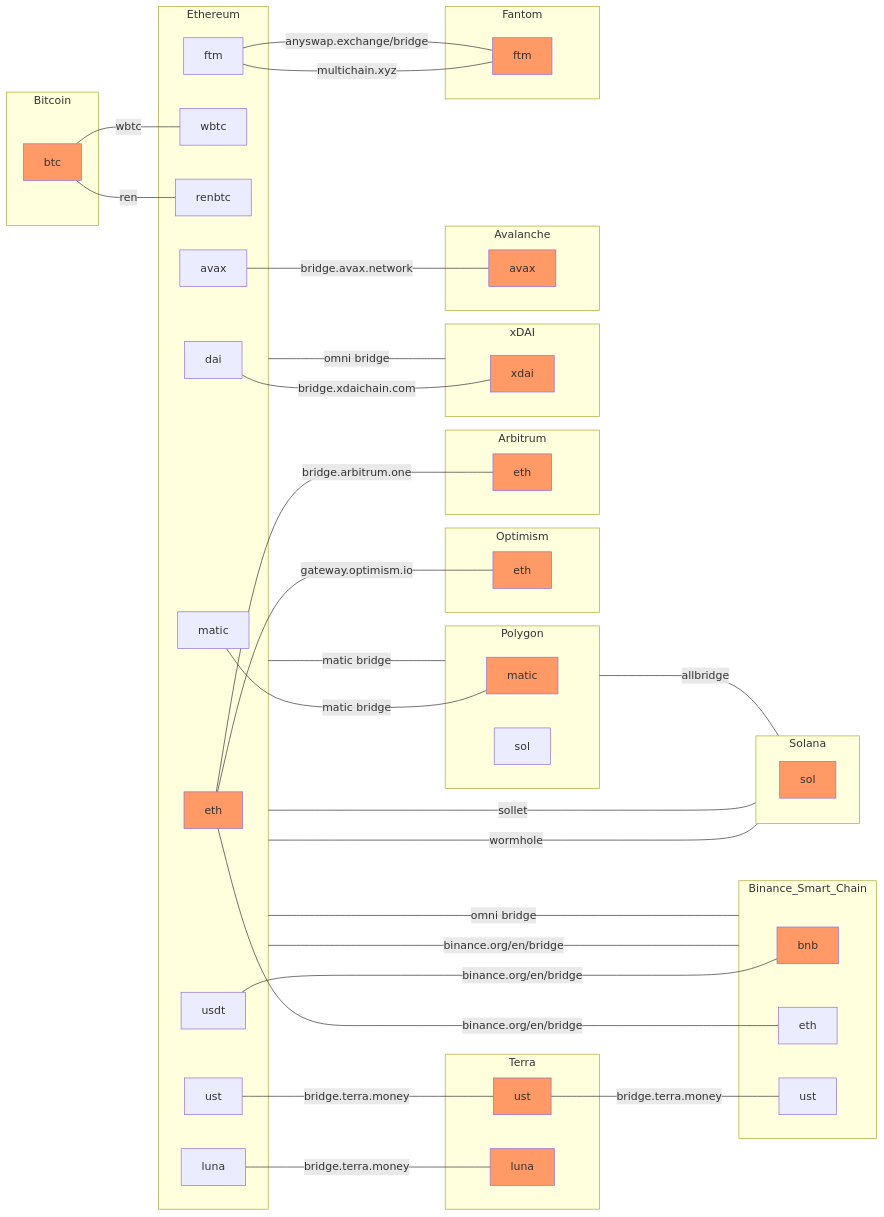
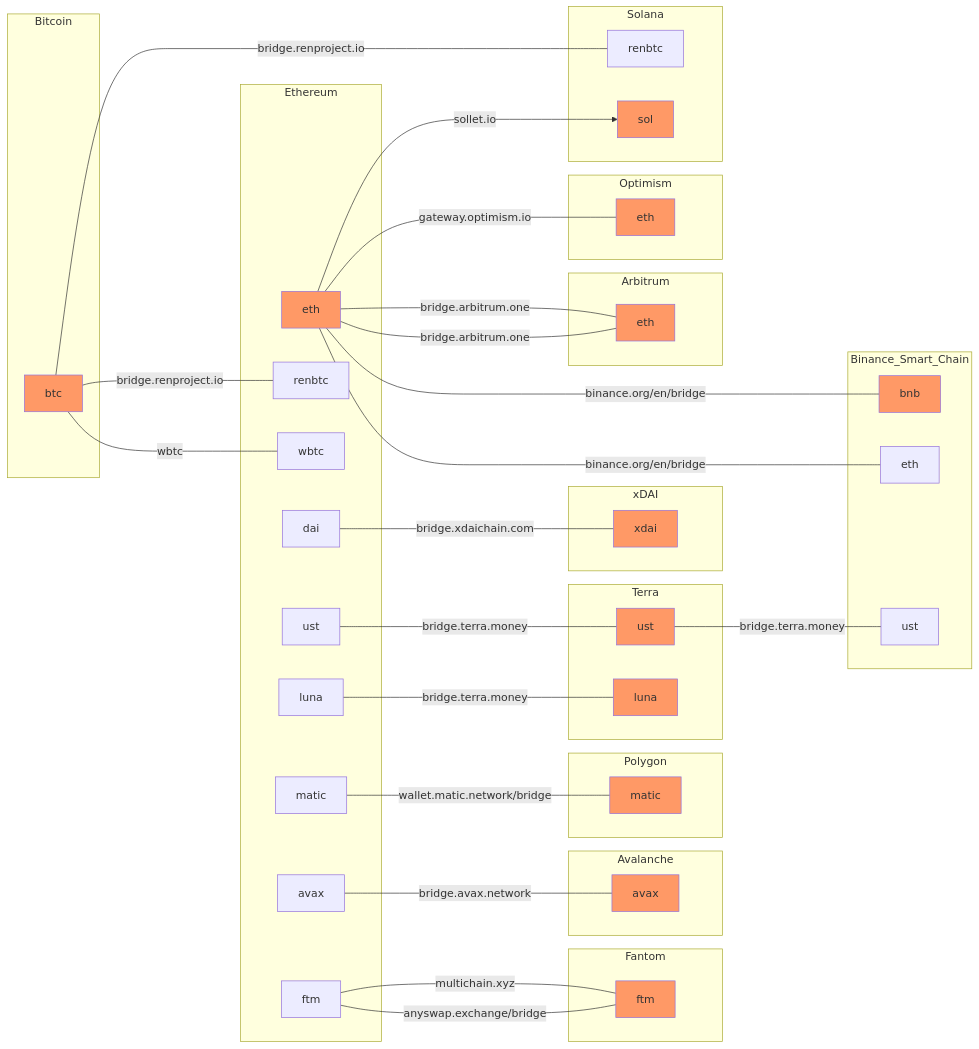
The diagram in traversing-chains/traversing-chains.mermaid (djma/cryptomaps), drawn with Mermaid before and after one commit. The commit also changed 1 other file, not shown here.

Commit message:
Clean up bridges and added sollet for eth-sol

```diff
--- a/traversing-chains/traversing-chains.mermaid
+++ b/traversing-chains/traversing-chains.mermaid
@@ -1,90 +1,90 @@
 flowchart LR
     classDef native fill:#f96;
 
     subgraph "Ethereum"
     eth-eth[eth]:::native
     eth-wbtc[wbtc]
     eth-renbtc[renbtc]
     eth-dai[dai]
     eth-ust[ust]
     eth-luna[luna]
-    eth-usdt[usdt]
     eth-matic[matic]
     eth-avax[avax]
     eth-ftm[ftm]
     end
 
     subgraph "Polygon"
     polygon-matic[matic]:::native
-    polygon-sol[sol]
     end
 
     subgraph Binance_Smart_Chain
     bsc-bnb[bnb]:::native
     bsc-eth[eth]
     bsc-ust[ust]
     end
 
     subgraph "Terra"
     terra-ust[ust]:::native
     terra-luna[luna]:::native
     end
 
     subgraph "Solana"
     solana-sol[sol]:::native
+    solana-renbtc[renbtc]
     end
 
     subgraph "Bitcoin"
     bitcoin-btc[btc]:::native
     end
 
     subgraph "Optimism"
     optimism-eth[eth]:::native
     end
     
+    subgraph "Arbitrum"
+    arbitrum-eth[eth]:::native
+    end
+
     subgraph "Arbitrum"
     arbitrum-eth[eth]:::native
     end
 
     subgraph "xDAI"
     xdai-xdai[xdai]:::native
     end
 
     subgraph "Avalanche"
     avalanche-avax[avax]:::native
     end
 
     subgraph "Fantom"
     fantom-ftm[ftm]:::native
     end
 
     eth-ust ---|"bridge.terra.money"| terra-ust
     eth-luna ---|"bridge.terra.money"| terra-luna
     terra-ust ---|"bridge.terra.money"| bsc-ust
 
+    eth-eth -->|"sollet.io"| solana-sol
+
     eth-eth ---|"gateway.optimism.io"| optimism-eth
     
+    eth-eth ---|"bridge.arbitrum.one"| arbitrum-eth
+
     eth-eth ---|"bridge.arbitrum.one"| arbitrum-eth
 
     eth-avax[avax] ---|"bridge.avax.network"| avalanche-avax
 
     eth-ftm[ftm] ---|"multichain.xyz"| fantom-ftm
     eth-ftm[ftm] ---|"anyswap.exchange/bridge"| fantom-ftm
     
     eth-dai ---|"bridge.xdaichain.com"| xdai-xdai
 
-    eth-usdt ---|"binance.org/en/bridge"| bsc-bnb
+    eth-eth ---|"binance.org/en/bridge"| bsc-bnb
     eth-eth ---|"binance.org/en/bridge"| bsc-eth
 
-    eth-matic ---|"matic bridge"| polygon-matic
+    eth-matic ---|"wallet.matic.network/bridge"| polygon-matic
     
-    bitcoin-btc ---|"ren"| eth-renbtc
+    bitcoin-btc ---|"bridge.renproject.io"| solana-renbtc
+    bitcoin-btc ---|"bridge.renproject.io"| eth-renbtc
     bitcoin-btc ---|"wbtc"| eth-wbtc
-
-    Ethereum ---|"omni bridge"| xDAI
-    Ethereum ---|"binance.org/en/bridge"| Binance_Smart_Chain
-    Ethereum ---|"omni bridge"| Binance_Smart_Chain
-    Ethereum ---|"wormhole"| Solana
-    Ethereum ---|"sollet"| Solana
-    Ethereum ---|"matic bridge"| Polygon
-    Polygon ---|"allbridge"| Solana
```
